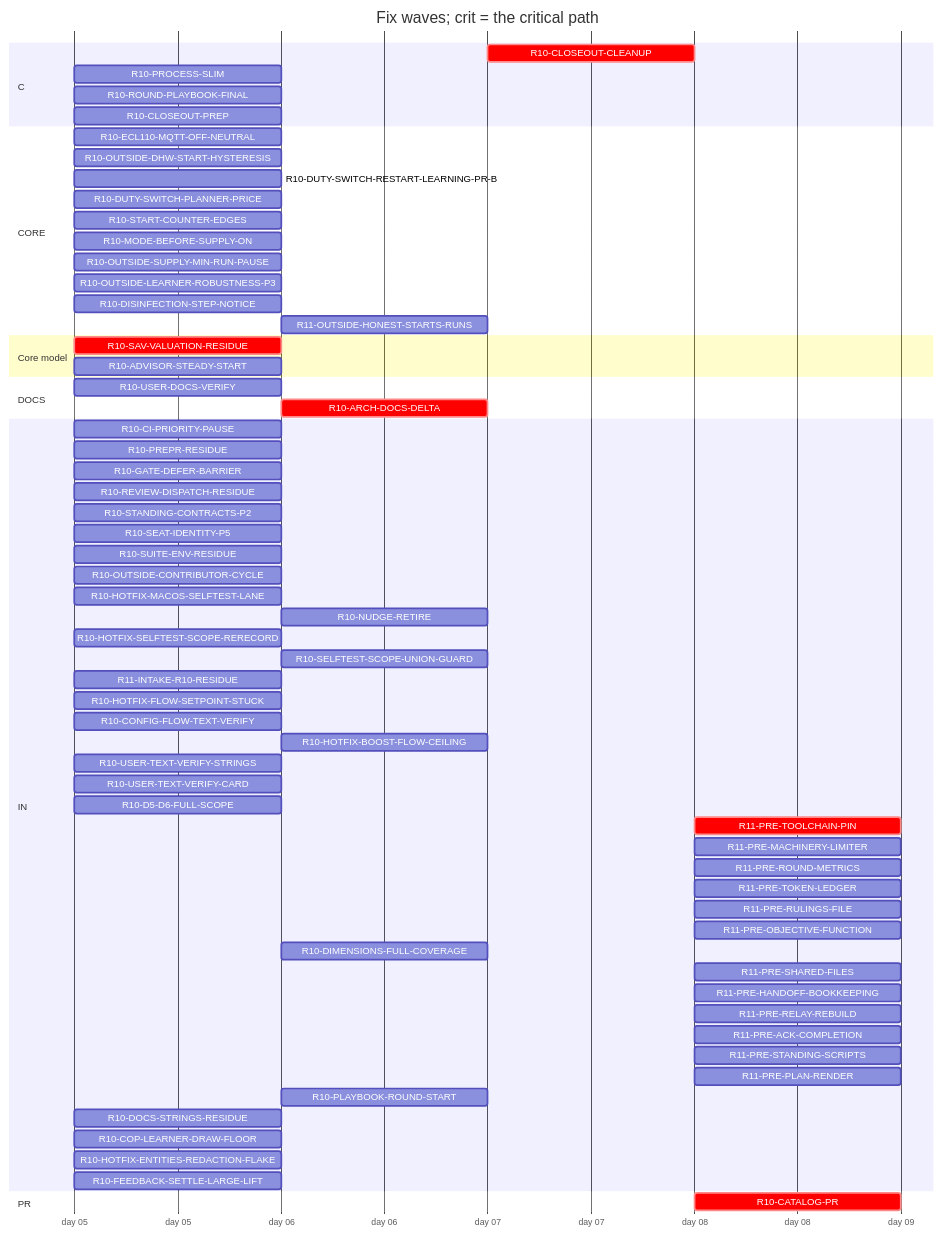
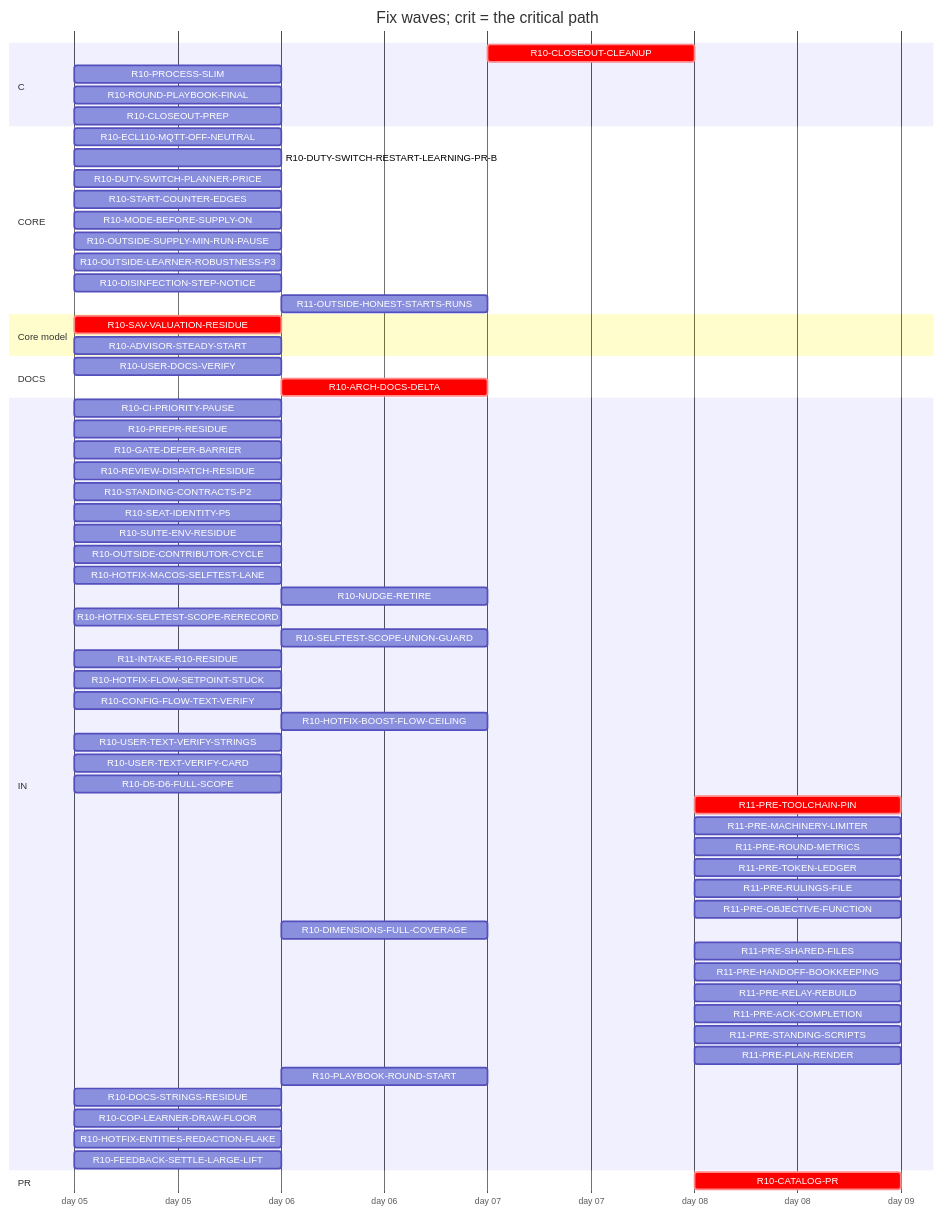
Before and after one commit to tvofi/heatpump_optimizer: the diagram in handoff/round10/state/PLAN-TABLE.md, drawn with Mermaid. The commit also changed other lines of this file and 4 other files, not shown here.

Commit message:
state: FLOW-BOARD.md, NEXT-SESSION-PROMPT.md, PLAN-TABLE.md, PLAN.html, RESUME-CURRENT.md regenerated (state_docs.py)

````diff
--- a/handoff/round10/state/PLAN-TABLE.md
+++ b/handoff/round10/state/PLAN-TABLE.md
@@ -19,68 +19,67 @@
 ```mermaid
 gantt
   title Fix waves; crit = the critical path
   dateFormat YYYY-MM-DD
   axisFormat day %d
   section C
     R10-CLOSEOUT-CLEANUP :crit, r10CLOSEOUTCLEANUP, after r10USERDOCSVERIFY r10CLOSEOUTPREP r10ARCHDOCSDELTA, 1d
     R10-PROCESS-SLIM :r10PROCESSSLIM, 2026-01-05, 1d
     R10-ROUND-PLAYBOOK-FINAL :r10ROUNDPLAYBOOKFINAL, 2026-01-05, 1d
     R10-CLOSEOUT-PREP :r10CLOSEOUTPREP, 2026-01-05, 1d
   section CORE
     R10-ECL110-MQTT-OFF-NEUTRAL :r10ECL110MQTTOFFNEUTRAL, 2026-01-05, 1d
-    R10-OUTSIDE-DHW-START-HYSTERESIS :r10OUTSIDEDHWSTARTHYSTERESIS, 2026-01-05, 1d
     R10-DUTY-SWITCH-RESTART-LEARNING-PR-B :r10DUTYSWITCHRESTARTLEARNINGPRB, 2026-01-05, 1d
     R10-DUTY-SWITCH-PLANNER-PRICE :r10DUTYSWITCHPLANNERPRICE, 2026-01-05, 1d
     R10-START-COUNTER-EDGES :r10STARTCOUNTEREDGES, 2026-01-05, 1d
     R10-MODE-BEFORE-SUPPLY-ON :r10MODEBEFORESUPPLYON, 2026-01-05, 1d
     R10-OUTSIDE-SUPPLY-MIN-RUN-PAUSE :r10OUTSIDESUPPLYMINRUNPAUSE, 2026-01-05, 1d
     R10-OUTSIDE-LEARNER-ROBUSTNESS-P3 :r10OUTSIDELEARNERROBUSTNESSP3, 2026-01-05, 1d
     R10-DISINFECTION-STEP-NOTICE :r10DISINFECTIONSTEPNOTICE, 2026-01-05, 1d
-    R11-OUTSIDE-HONEST-STARTS-RUNS :r11OUTSIDEHONESTSTARTSRUNS, after r10DUTYSWITCHPLANNERPRICE r10OUTSIDEDHWSTARTHYSTERESIS r10OUTSIDESUPPLYMINRUNPAUSE r10ADVISORSTEADYSTART, 1d
+    R11-OUTSIDE-HONEST-STARTS-RUNS :r11OUTSIDEHONESTSTARTSRUNS, after r10DUTYSWITCHPLANNERPRICE r10OUTSIDESUPPLYMINRUNPAUSE r10ADVISORSTEADYSTART, 1d
   section Core model
     R10-SAV-VALUATION-RESIDUE :crit, r10SAVVALUATIONRESIDUE, 2026-01-05, 1d
     R10-ADVISOR-STEADY-START :r10ADVISORSTEADYSTART, 2026-01-05, 1d
   section DOCS
     R10-USER-DOCS-VERIFY :r10USERDOCSVERIFY, 2026-01-05, 1d
     R10-ARCH-DOCS-DELTA :crit, r10ARCHDOCSDELTA, after r10SAVVALUATIONRESIDUE r10ADVISORSTEADYSTART, 1d
   section IN
     R10-CI-PRIORITY-PAUSE :r10CIPRIORITYPAUSE, 2026-01-05, 1d
     R10-PREPR-RESIDUE :r10PREPRRESIDUE, 2026-01-05, 1d
     R10-GATE-DEFER-BARRIER :r10GATEDEFERBARRIER, 2026-01-05, 1d
     R10-REVIEW-DISPATCH-RESIDUE :r10REVIEWDISPATCHRESIDUE, 2026-01-05, 1d
     R10-STANDING-CONTRACTS-P2 :r10STANDINGCONTRACTSP2, 2026-01-05, 1d
     R10-SEAT-IDENTITY-P5 :r10SEATIDENTITYP5, 2026-01-05, 1d
     R10-SUITE-ENV-RESIDUE :r10SUITEENVRESIDUE, 2026-01-05, 1d
     R10-OUTSIDE-CONTRIBUTOR-CYCLE :r10OUTSIDECONTRIBUTORCYCLE, 2026-01-05, 1d
     R10-HOTFIX-MACOS-SELFTEST-LANE :r10HOTFIXMACOSSELFTESTLANE, 2026-01-05, 1d
     R10-NUDGE-RETIRE :r10NUDGERETIRE, after r10ROUNDPLAYBOOKFINAL, 1d
     R10-HOTFIX-SELFTEST-SCOPE-RERECORD :r10HOTFIXSELFTESTSCOPERERECORD, 2026-01-05, 1d
     R10-SELFTEST-SCOPE-UNION-GUARD :r10SELFTESTSCOPEUNIONGUARD, after r10HOTFIXSELFTESTSCOPERERECORD, 1d
     R11-INTAKE-R10-RESIDUE :r11INTAKER10RESIDUE, 2026-01-05, 1d
     R10-HOTFIX-FLOW-SETPOINT-STUCK :r10HOTFIXFLOWSETPOINTSTUCK, 2026-01-05, 1d
     R10-CONFIG-FLOW-TEXT-VERIFY :r10CONFIGFLOWTEXTVERIFY, 2026-01-05, 1d
     R10-HOTFIX-BOOST-FLOW-CEILING :r10HOTFIXBOOSTFLOWCEILING, after r10HOTFIXFLOWSETPOINTSTUCK, 1d
     R10-USER-TEXT-VERIFY-STRINGS :r10USERTEXTVERIFYSTRINGS, 2026-01-05, 1d
     R10-USER-TEXT-VERIFY-CARD :r10USERTEXTVERIFYCARD, 2026-01-05, 1d
     R10-D5-D6-FULL-SCOPE :r10D5D6FULLSCOPE, 2026-01-05, 1d
     R11-PRE-TOOLCHAIN-PIN :crit, r11PRETOOLCHAINPIN, after r10CATALOGPR, 1d
     R11-PRE-MACHINERY-LIMITER :r11PREMACHINERYLIMITER, after r10CATALOGPR, 1d
     R11-PRE-ROUND-METRICS :r11PREROUNDMETRICS, after r10CATALOGPR, 1d
     R11-PRE-TOKEN-LEDGER :r11PRETOKENLEDGER, after r10CATALOGPR, 1d
     R11-PRE-RULINGS-FILE :r11PRERULINGSFILE, after r10CATALOGPR, 1d
     R11-PRE-OBJECTIVE-FUNCTION :r11PREOBJECTIVEFUNCTION, after r10CATALOGPR, 1d
     R10-DIMENSIONS-FULL-COVERAGE :r10DIMENSIONSFULLCOVERAGE, after r10D5D6FULLSCOPE, 1d
     R11-PRE-SHARED-FILES :r11PRESHAREDFILES, after r10CATALOGPR, 1d
     R11-PRE-HANDOFF-BOOKKEEPING :r11PREHANDOFFBOOKKEEPING, after r10CATALOGPR, 1d
     R11-PRE-RELAY-REBUILD :r11PRERELAYREBUILD, after r10CATALOGPR, 1d
     R11-PRE-ACK-COMPLETION :r11PREACKCOMPLETION, after r10CATALOGPR, 1d
     R11-PRE-STANDING-SCRIPTS :r11PRESTANDINGSCRIPTS, after r10CATALOGPR, 1d
     R11-PRE-PLAN-RENDER :r11PREPLANRENDER, after r10CATALOGPR, 1d
     R10-PLAYBOOK-ROUND-START :r10PLAYBOOKROUNDSTART, after r10ROUNDPLAYBOOKFINAL, 1d
     R10-DOCS-STRINGS-RESIDUE :r10DOCSSTRINGSRESIDUE, 2026-01-05, 1d
     R10-COP-LEARNER-DRAW-FLOOR :r10COPLEARNERDRAWFLOOR, 2026-01-05, 1d
     R10-HOTFIX-ENTITIES-REDACTION-FLAKE :r10HOTFIXENTITIESREDACTIONFLAKE, 2026-01-05, 1d
     R10-FEEDBACK-SETTLE-LARGE-LIFT :r10FEEDBACKSETTLELARGELIFT, 2026-01-05, 1d
   section PR
     R10-CATALOG-PR :crit, r10CATALOGPR, after r10USERDOCSVERIFY r10CLOSEOUTCLEANUP r10CLOSEOUTPREP r10ARCHDOCSDELTA, 1d
 ```
````
